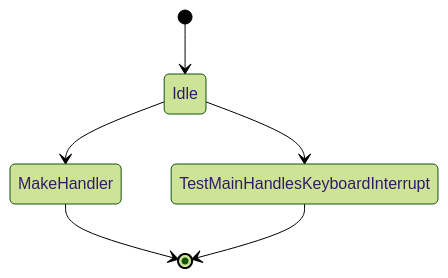
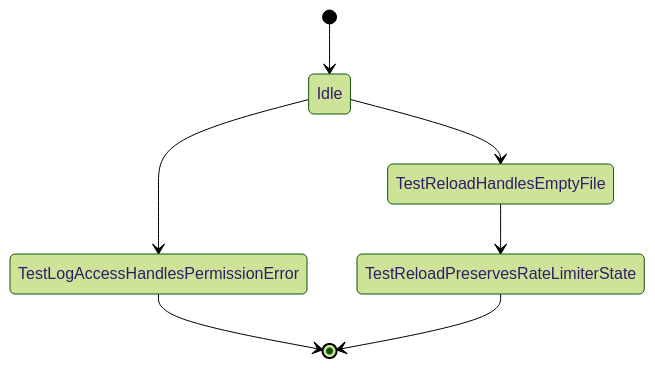
The second of 8 diagrams in docs/auto/ARCHITECTURE_AUTO.md (zepfu/llama-gguf-inference), drawn with Mermaid (forest theme) before and after one commit. The commit also changed other lines of this file and 2 other files, not shown here.

````diff
--- a/docs/auto/ARCHITECTURE_AUTO.md
+++ b/docs/auto/ARCHITECTURE_AUTO.md
@@ -38,8 +36,9 @@
 ```mermaid
 stateDiagram-v2
     [*] --> Idle
-    Idle --> MakeHandler
-    MakeHandler --> [*]
-    Idle --> TestMainHandlesKeyboardInterrupt
-    TestMainHandlesKeyboardInterrupt --> [*]
+    Idle --> TestLogAccessHandlesPermissionError
+    TestLogAccessHandlesPermissionError --> [*]
+    Idle --> TestReloadHandlesEmptyFile
+    TestReloadHandlesEmptyFile --> TestReloadPreservesRateLimiterState
+    TestReloadPreservesRateLimiterState --> [*]
 ```
````
